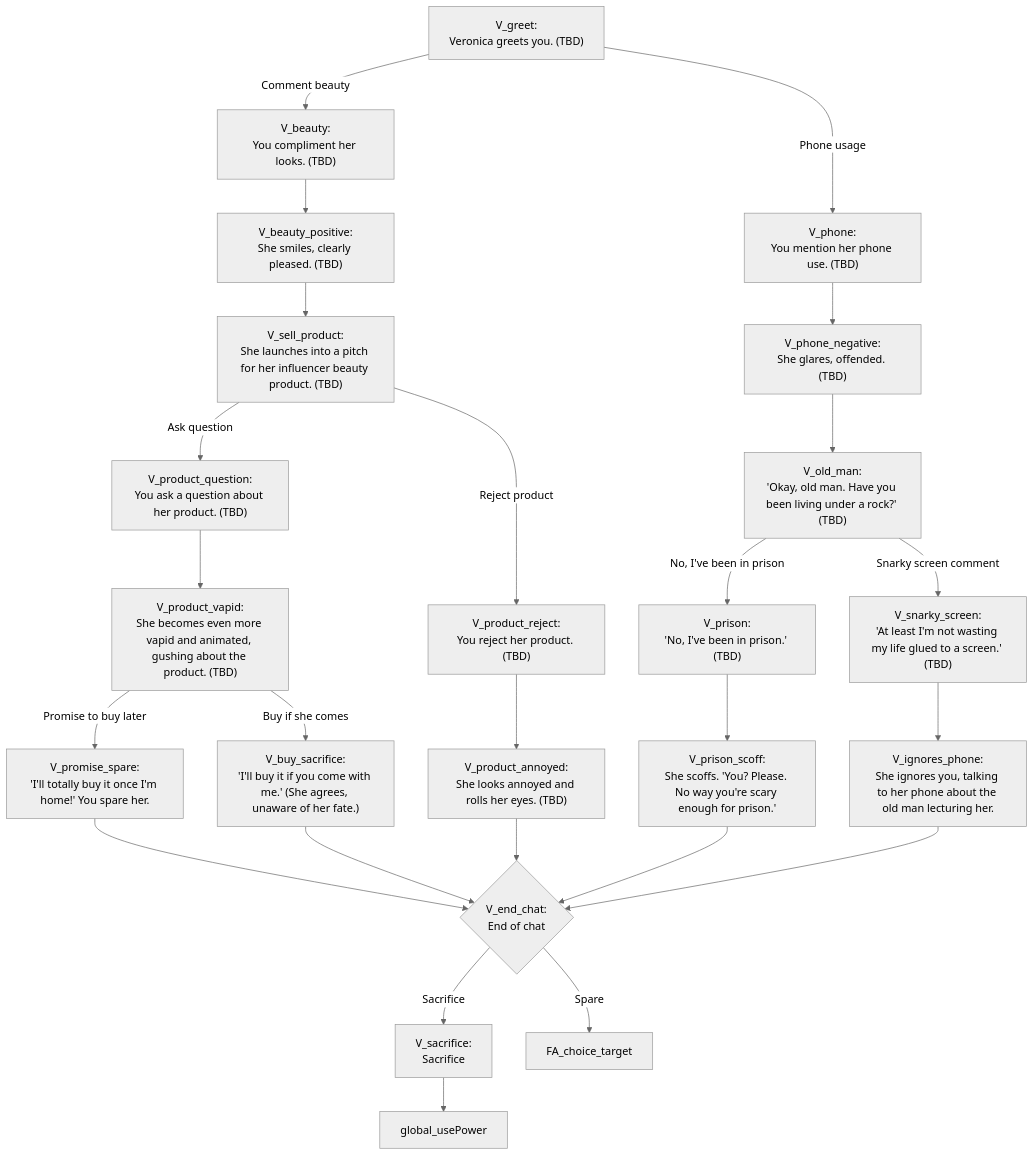
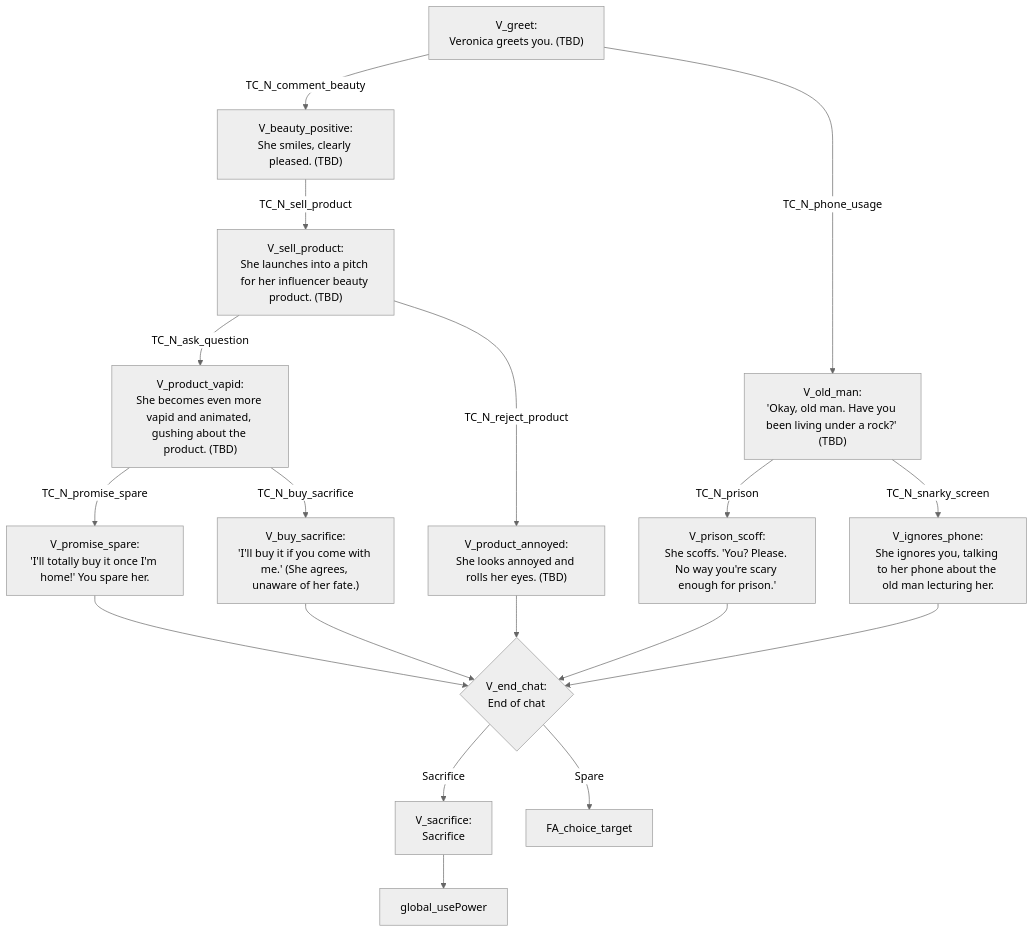
Before and after one commit to ivalace/horror-game-jam-2025: the diagram in Veronica.mmd, drawn with Mermaid (neutral theme). The commit also changed 4 other files, not shown here.

Commit message:
corrected node IDs and cleaned up flow for key characters

```diff
--- a/Veronica.mmd
+++ b/Veronica.mmd
@@ -1,27 +1,20 @@
 flowchart TD
 direction LR
-V_greet["V_greet:<br/>Veronica greets you. (TBD)"] -->|Comment beauty| V_beauty
-V_greet -->|Phone usage| V_phone
-V_beauty["V_beauty:<br/>You compliment her looks. (TBD)"] --> V_beauty_positive
-V_beauty_positive["V_beauty_positive:<br/>She smiles, clearly pleased. (TBD)"] --> V_sell_product
-V_sell_product["V_sell_product:<br/>She launches into a pitch for her influencer beauty product. (TBD)"] -->|Ask question| V_product_question
-V_sell_product -->|Reject product| V_product_reject
-V_product_question["V_product_question:<br/>You ask a question about her product. (TBD)"] --> V_product_vapid
-V_product_vapid["V_product_vapid:<br/>She becomes even more vapid and animated, gushing about the product. (TBD)"] -->|Promise to buy later| V_promise_spare
-V_product_vapid -->|Buy if she comes| V_buy_sacrifice
+V_greet["V_greet:<br/>Veronica greets you. (TBD)"] -->|TC_N_comment_beauty| V_beauty_positive
+V_greet -->|TC_N_phone_usage| V_old_man
+V_beauty_positive["V_beauty_positive:<br/>She smiles, clearly pleased. (TBD)"] -->|TC_N_sell_product| V_sell_product
+V_sell_product["V_sell_product:<br/>She launches into a pitch for her influencer beauty product. (TBD)"] -->|TC_N_ask_question| V_product_vapid
+V_sell_product -->|TC_N_reject_product| V_product_annoyed
+V_product_vapid["V_product_vapid:<br/>She becomes even more vapid and animated, gushing about the product. (TBD)"] -->|TC_N_promise_spare| V_promise_spare
+V_product_vapid -->|TC_N_buy_sacrifice| V_buy_sacrifice
 V_promise_spare["V_promise_spare:<br/>'I'll totally buy it once I'm home!' You spare her."] --> V_end_chat
-V_product_reject["V_product_reject:<br/>You reject her product. (TBD)"] --> V_product_annoyed
 V_product_annoyed["V_product_annoyed:<br/>She looks annoyed and rolls her eyes. (TBD)"] --> V_end_chat
-V_phone["V_phone:<br/>You mention her phone use. (TBD)"] --> V_phone_negative
-V_phone_negative["V_phone_negative:<br/>She glares, offended. (TBD)"] --> V_old_man
-V_old_man["V_old_man:<br/>'Okay, old man. Have you been living under a rock?' (TBD)"] -->|"No, I've been in prison"| V_prison
-V_old_man -->|Snarky screen comment| V_snarky_screen
-V_prison["V_prison:<br/>'No, I've been in prison.' (TBD)"] --> V_prison_scoff
+V_old_man["V_old_man:<br/>'Okay, old man. Have you been living under a rock?' (TBD)"] -->|TC_N_prison| V_prison_scoff
+V_old_man -->|TC_N_snarky_screen| V_ignores_phone
 V_prison_scoff["V_prison_scoff:<br/>She scoffs. 'You? Please. No way you're scary enough for prison.'"] --> V_end_chat
-V_snarky_screen["V_snarky_screen:<br/>'At least I'm not wasting my life glued to a screen.' (TBD)"] --> V_ignores_phone
 V_ignores_phone["V_ignores_phone:<br/>She ignores you, talking to her phone about the old man lecturing her."] --> V_end_chat
 V_buy_sacrifice["V_buy_sacrifice:<br/>'I'll buy it if you come with me.' (She agrees, unaware of her fate.)"] --> V_end_chat
 V_sacrifice["V_sacrifice:<br/>Sacrifice"] --> global_usePower
 
 V_end_chat{"V_end_chat:<br/>End of chat"} -->|Sacrifice| V_sacrifice
 V_end_chat -->|Spare| FA_choice_target
```
